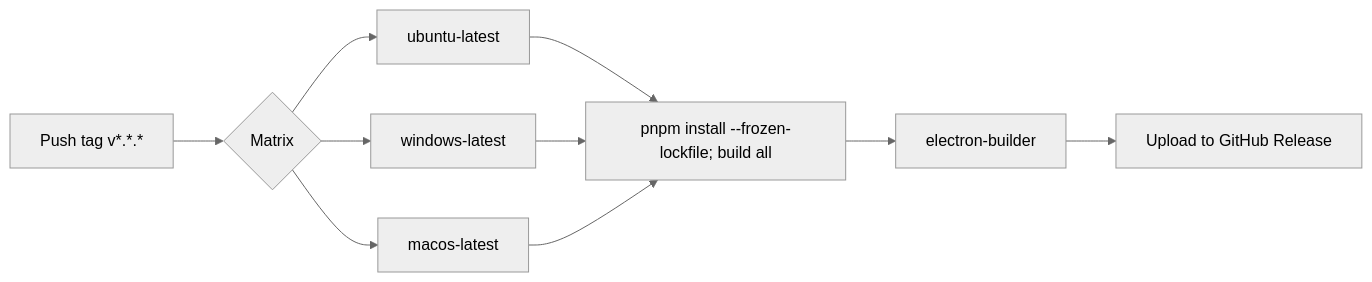
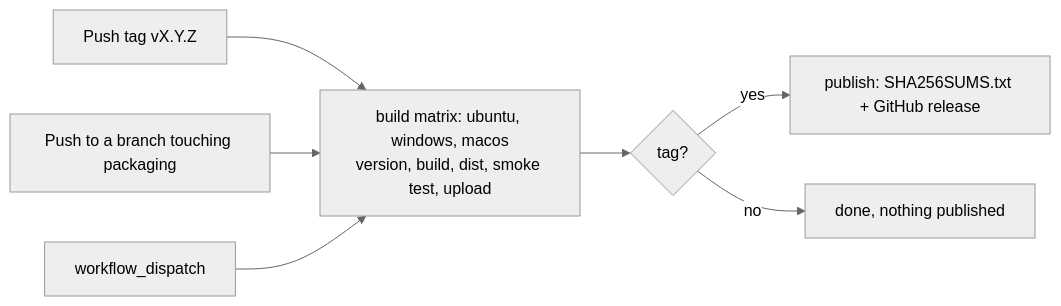
Before and after one commit to mpenn114/snails: the diagram in docs/development/release-process.md, drawn with Mermaid (neutral theme). The commit also changed other lines of this file and 47 other files, not shown here.

First line of the commit message:
M8: Packaging and first-release prep (#14)

````diff
--- a/docs/development/release-process.md
+++ b/docs/development/release-process.md
@@ -26,10 +20,9 @@
 ```mermaid
 graph LR
-  T[Push tag v*.*.*] --> M{Matrix}
-  M --> U[ubuntu-latest]
-  M --> W[windows-latest]
-  M --> A[macos-latest]
-  U & W & A --> B[pnpm install --frozen-lockfile; build all]
-  B --> E[electron-builder]
-  E --> R[Upload to GitHub Release]
+  T[Push tag vX.Y.Z] --> B
+  Br[Push to a branch touching packaging] --> B
+  D[workflow_dispatch] --> B
+  B[build matrix: ubuntu, windows, macos<br/>version, build, dist, smoke test, upload] --> P{tag?}
+  P -- yes --> R[publish: SHA256SUMS.txt + GitHub release]
+  P -- no --> X[done, nothing published]
 ```
````
